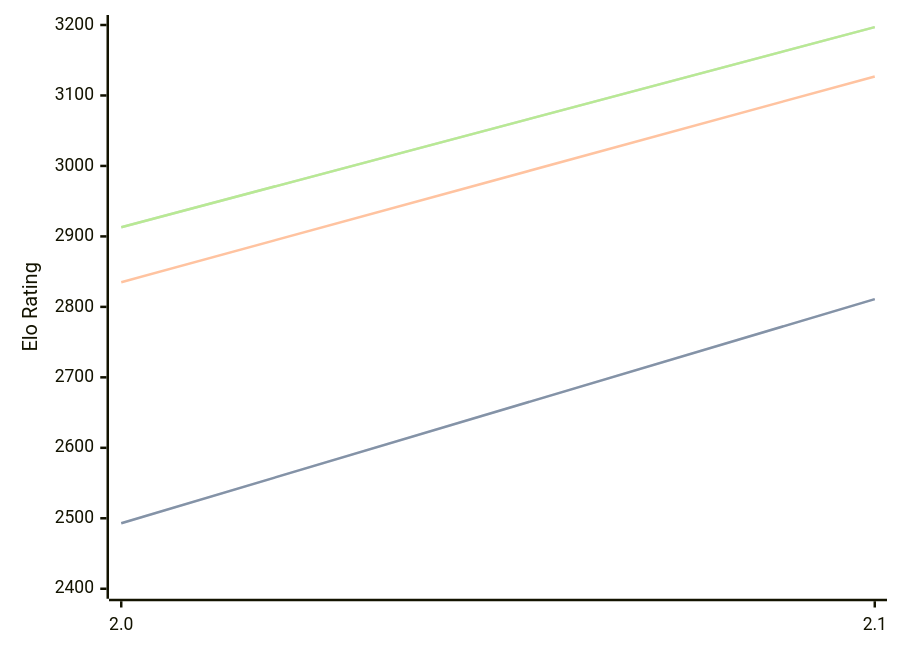
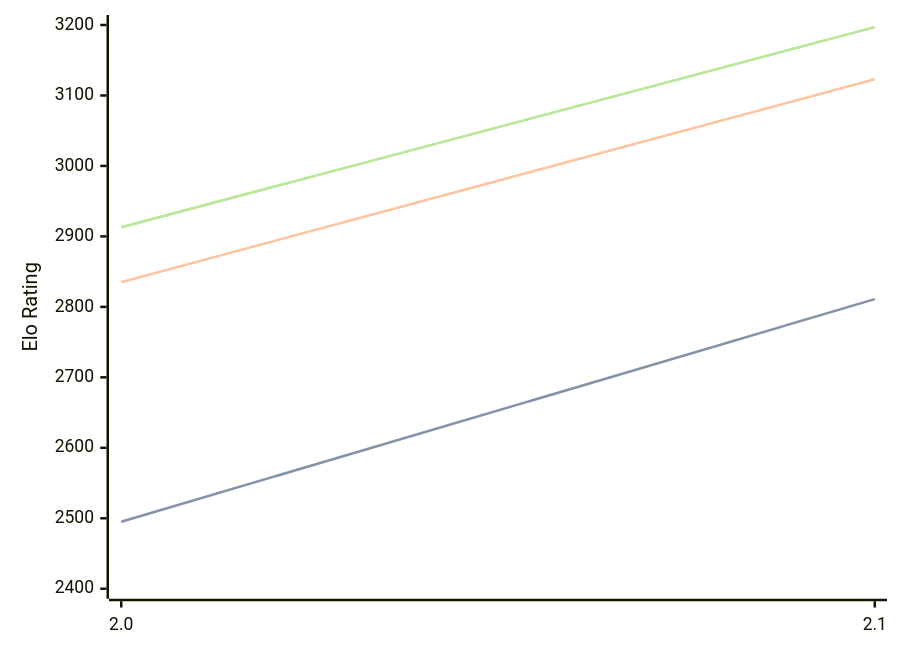
Before and after one commit to computer-chess-index/cci: the first of 3 diagrams in engines/Tunguska.md, drawn with Mermaid. The commit also changed other lines of this file, not shown here.

````diff
--- a/engines/Tunguska.md
+++ b/engines/Tunguska.md
@@ -32,11 +32,11 @@
 ```mermaid
 %%{init: {"theme":"base","themeVariables":{"seriesColors:['#a3a3a3','#222221','#faa371']}}}%%
 xychart-beta
   x-axis ["2.0", "2.1"]
   y-axis "Elo Rating" 2400 --> 3200
-  line "STC (8.0+0.08s)" [2493, 2811]
-  line "STC (8.0+0.08s)" [2493, 2811]
-  line "LTC (60.0+0.60s)" [2835, 3127]
+  line "STC (8.0+0.08s)" [2495, 2811]
+  line "STC (8.0+0.08s)" [2495, 2811]
+  line "LTC (60.0+0.60s)" [2835, 3123]
   line "VLTC (2m24s+1.12s)" [2913, 3197]
   line "VLTC (2m24s+1.12s)" [2913, 3197]
 ```
````
